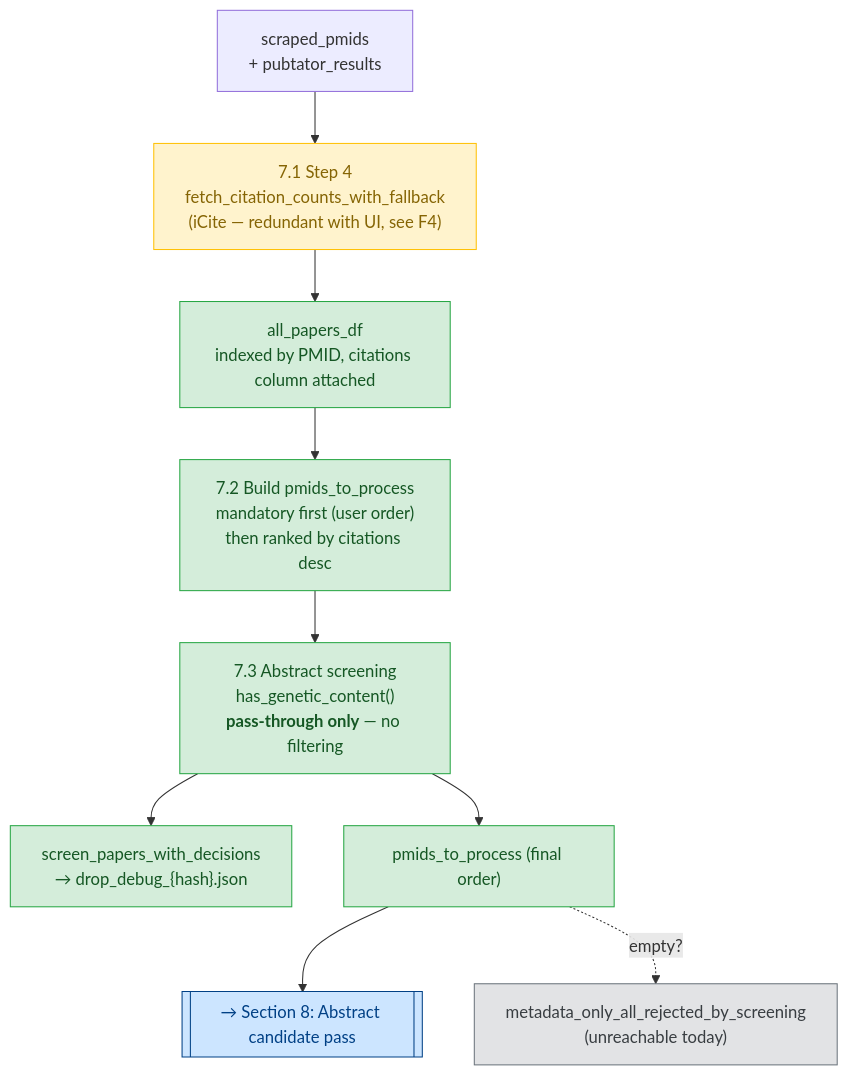
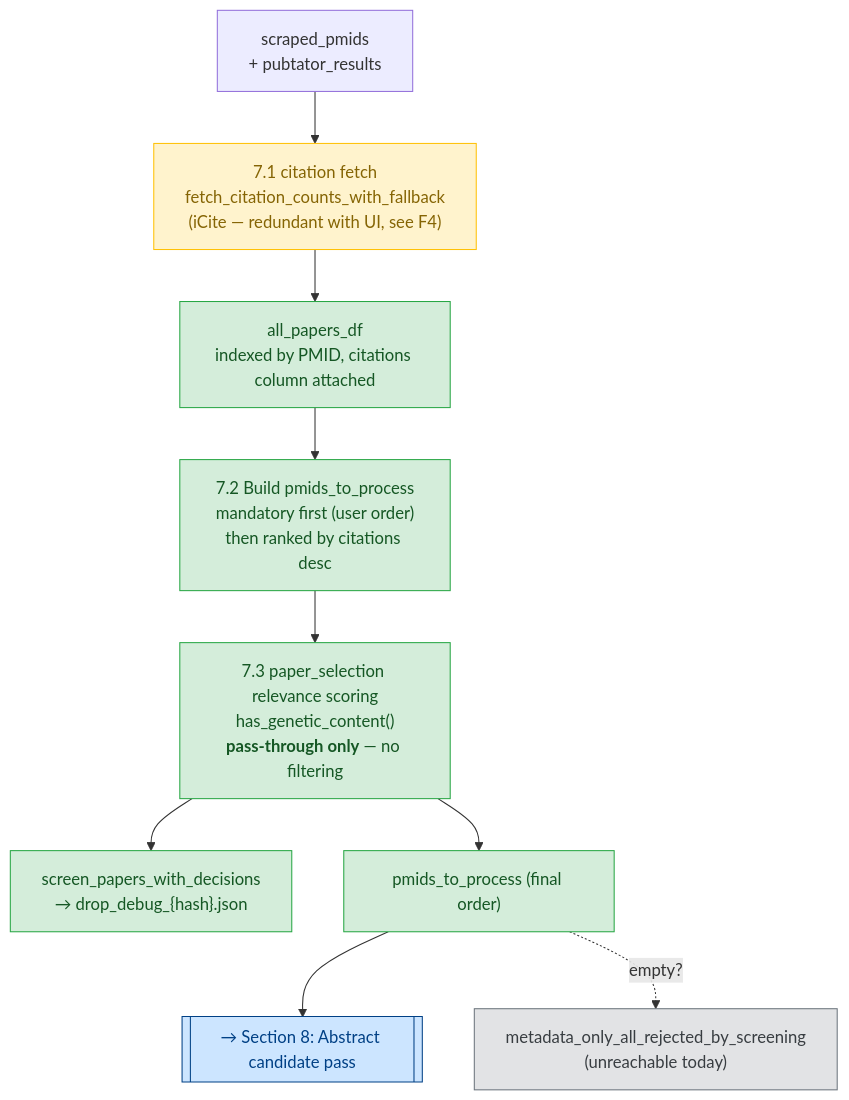
The third of 11 diagrams in docs/pipeline/understanding.md (michaluppal/Researchshop-Disease2Gene), drawn with Mermaid before and after one commit. The commit also changed other lines of this file and 30 other files, not shown here.

````diff
--- a/docs/pipeline/understanding.md
+++ b/docs/pipeline/understanding.md
@@ -1056,27 +1056,27 @@
 ```mermaid
 flowchart TD
     Start["scraped_pmids<br/>+ pubtator_results"]
 
-    Start --> Cite["7.1 Step 4<br/>fetch_citation_counts_with_fallback<br/>(iCite — redundant with UI, see F4)"]
+    Start --> Cite["7.1 citation fetch<br/>fetch_citation_counts_with_fallback<br/>(iCite — redundant with UI, see F4)"]
     Cite --> DF["all_papers_df<br/>indexed by PMID, citations column attached"]
 
     DF --> Rank["7.2 Build pmids_to_process<br/>mandatory first (user order)<br/>then ranked by citations desc"]
 
-    Rank --> Screen["7.3 Abstract screening<br/>has_genetic_content()<br/><b>pass-through only</b> — no filtering"]
+    Rank --> Screen["7.3 paper_selection relevance scoring<br/>has_genetic_content()<br/><b>pass-through only</b> — no filtering"]
     Screen --> Forensic["screen_papers_with_decisions<br/>→ drop_debug_{hash}.json"]
     Screen --> Ready["pmids_to_process (final order)"]
 
     Ready --> S5[["→ Section 8: Abstract candidate pass"]]
 
     Ready -.->|"empty?"| Fallback["metadata_only_all_rejected_by_screening<br/>(unreachable today)"]
 
     classDef redundant fill:#fff3cd,stroke:#ffc107,color:#856404
     classDef process fill:#d4edda,stroke:#28a745,color:#155724
     classDef handoff fill:#cce5ff,stroke:#004085,color:#004085
     classDef dead fill:#e2e3e5,stroke:#6c757d,color:#383d41
 
     class Cite redundant
     class DF,Rank,Screen,Forensic,Ready process
     class S5 handoff
     class Fallback dead
 ```
````
